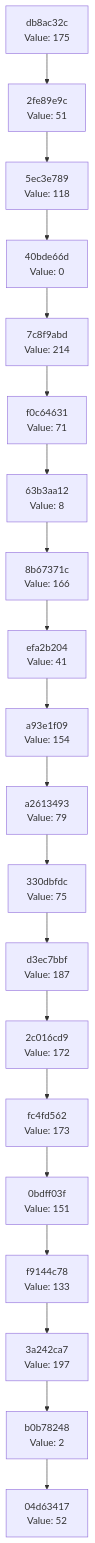
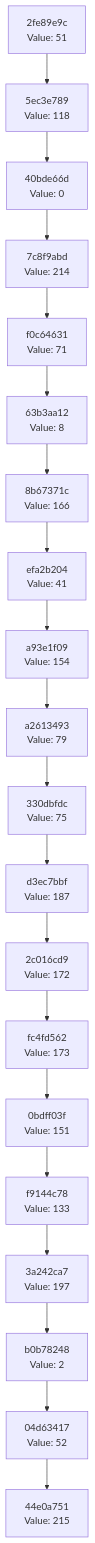
One commit to Abhisheksinha1506/hash-chain-evolver changed the diagram in docs/CHAIN_VISUALIZATION.md. Above: the diagram before and after it, drawn with Mermaid. The commit also changed 2 other files, not shown here.

Commit message:
Evolution Step

````diff
--- a/docs/CHAIN_VISUALIZATION.md
+++ b/docs/CHAIN_VISUALIZATION.md
@@ -3,42 +3,42 @@
 ```mermaid
 graph TD
-    C0["04d63417<br/>Value: 52"]
-    C1["b0b78248<br/>Value: 2"]
+    C0["44e0a751<br/>Value: 215"]
+    C1["04d63417<br/>Value: 52"]
     C1 --> C0
-    C2["3a242ca7<br/>Value: 197"]
+    C2["b0b78248<br/>Value: 2"]
     C2 --> C1
-    C3["f9144c78<br/>Value: 133"]
+    C3["3a242ca7<br/>Value: 197"]
     C3 --> C2
-    C4["0bdff03f<br/>Value: 151"]
+    C4["f9144c78<br/>Value: 133"]
     C4 --> C3
-    C5["fc4fd562<br/>Value: 173"]
+    C5["0bdff03f<br/>Value: 151"]
     C5 --> C4
-    C6["2c016cd9<br/>Value: 172"]
+    C6["fc4fd562<br/>Value: 173"]
     C6 --> C5
-    C7["d3ec7bbf<br/>Value: 187"]
+    C7["2c016cd9<br/>Value: 172"]
     C7 --> C6
-    C8["330dbfdc<br/>Value: 75"]
+    C8["d3ec7bbf<br/>Value: 187"]
     C8 --> C7
-    C9["a2613493<br/>Value: 79"]
+    C9["330dbfdc<br/>Value: 75"]
     C9 --> C8
-    C10["a93e1f09<br/>Value: 154"]
+    C10["a2613493<br/>Value: 79"]
     C10 --> C9
-    C11["efa2b204<br/>Value: 41"]
+    C11["a93e1f09<br/>Value: 154"]
     C11 --> C10
-    C12["8b67371c<br/>Value: 166"]
+    C12["efa2b204<br/>Value: 41"]
     C12 --> C11
-    C13["63b3aa12<br/>Value: 8"]
+    C13["8b67371c<br/>Value: 166"]
     C13 --> C12
-    C14["f0c64631<br/>Value: 71"]
+    C14["63b3aa12<br/>Value: 8"]
     C14 --> C13
-    C15["7c8f9abd<br/>Value: 214"]
+    C15["f0c64631<br/>Value: 71"]
     C15 --> C14
-    C16["40bde66d<br/>Value: 0"]
+    C16["7c8f9abd<br/>Value: 214"]
     C16 --> C15
-    C17["5ec3e789<br/>Value: 118"]
+    C17["40bde66d<br/>Value: 0"]
     C17 --> C16
-    C18["2fe89e9c<br/>Value: 51"]
+    C18["5ec3e789<br/>Value: 118"]
     C18 --> C17
-    C19["db8ac32c<br/>Value: 175"]
+    C19["2fe89e9c<br/>Value: 51"]
     C19 --> C18
 ```
````
